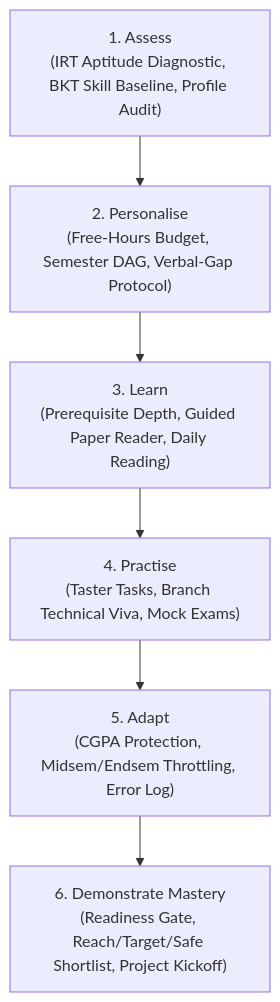
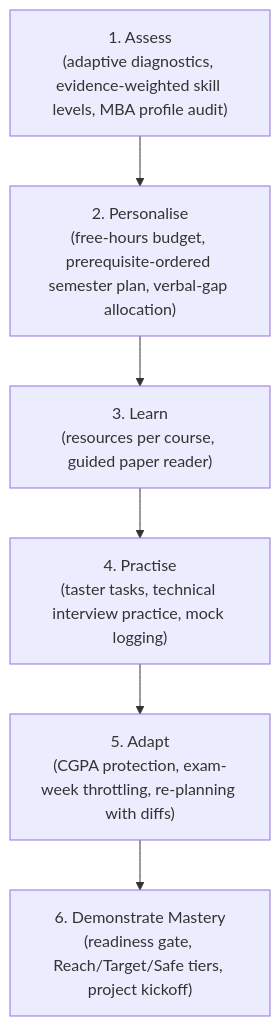
One commit to SusheelSagar4/EBuddy changed the diagram in summary.md. Above: the diagram before and after it, drawn with Mermaid. The commit also changed other lines of this file and 21 other files, not shown here.

First line of the commit message:
Apply curriculum decisions: course notes, duplicate-code handling, EE6L007 prerequisite

````diff
--- a/summary.md
+++ b/summary.md
@@ -17,8 +18,8 @@
 ```mermaid
 flowchart TD
-    Assess["1. Assess<br/>(IRT Aptitude Diagnostic, BKT Skill Baseline, Profile Audit)"] --> Personalise["2. Personalise<br/>(Free-Hours Budget, Semester DAG, Verbal-Gap Protocol)"]
-    Personalise --> Learn["3. Learn<br/>(Prerequisite Depth, Guided Paper Reader, Daily Reading)"]
-    Learn --> Practise["4. Practise<br/>(Taster Tasks, Branch Technical Viva, Mock Exams)"]
-    Practise --> Adapt["5. Adapt<br/>(CGPA Protection, Midsem/Endsem Throttling, Error Log)"]
-    Adapt --> Mastery["6. Demonstrate Mastery<br/>(Readiness Gate, Reach/Target/Safe Shortlist, Project Kickoff)"]
+    Assess["1. Assess<br/>(adaptive diagnostics, evidence-weighted skill levels, MBA profile audit)"] --> Personalise["2. Personalise<br/>(free-hours budget, prerequisite-ordered semester plan, verbal-gap allocation)"]
+    Personalise --> Learn["3. Learn<br/>(resources per course, guided paper reader)"]
+    Learn --> Practise["4. Practise<br/>(taster tasks, technical interview practice, mock logging)"]
+    Practise --> Adapt["5. Adapt<br/>(CGPA protection, exam-week throttling, re-planning with diffs)"]
+    Adapt --> Mastery["6. Demonstrate Mastery<br/>(readiness gate, Reach/Target/Safe tiers, project kickoff)"]
 ```
````
